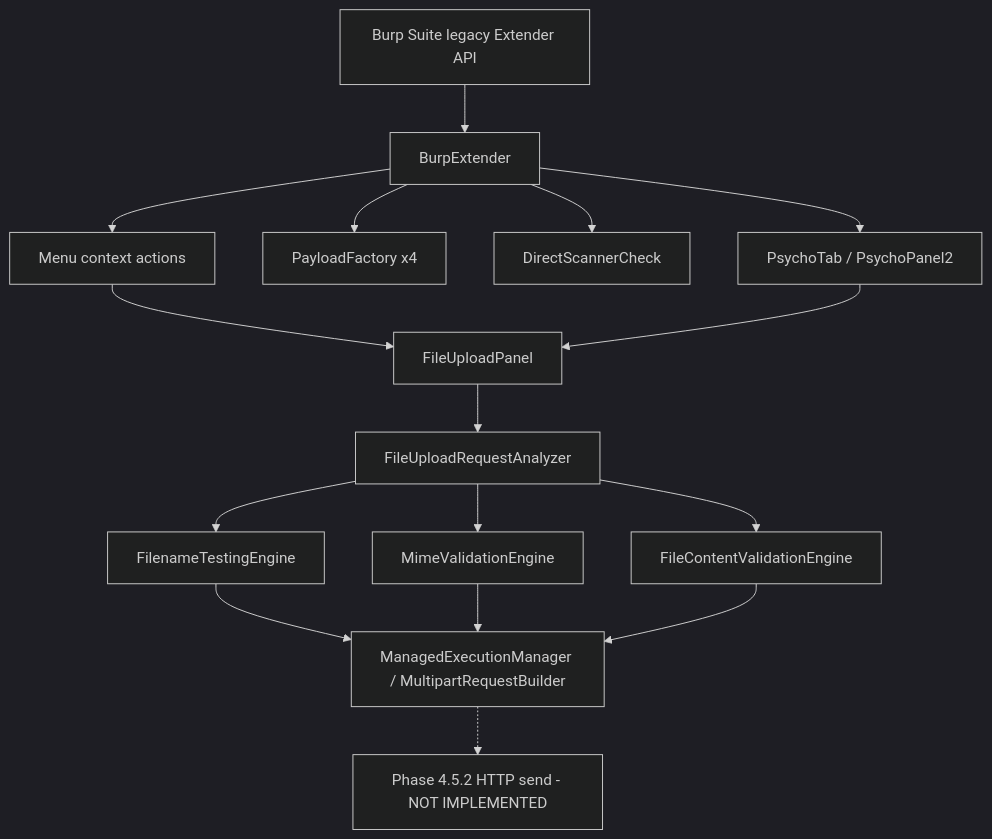
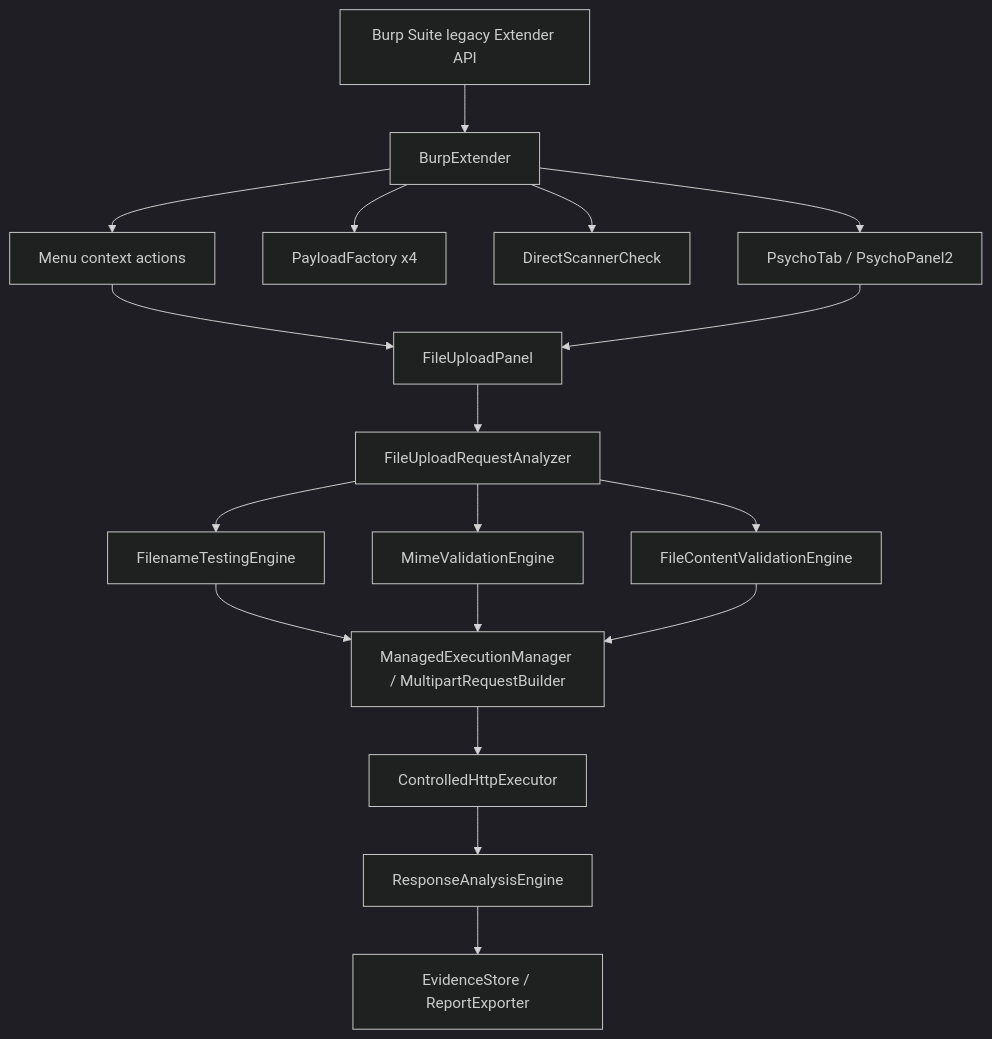
The diagram in docs/PATHHUNTER_MASTER_DOCUMENTATION.md (Amirbarkhordari/PathHunter), drawn with Mermaid (dark theme) before and after one commit. The commit also changed other lines of this file and 32 other files, not shown here.

Commit message:
feat(file-upload): complete Phase 4.5 controlled execution and evidence

````diff
--- a/docs/PATHHUNTER_MASTER_DOCUMENTATION.md
+++ b/docs/PATHHUNTER_MASTER_DOCUMENTATION.md
@@ -82,31 +83,33 @@
 ```mermaid
 flowchart TD
   Burp[Burp Suite legacy Extender API]
   Ext[BurpExtender]
   Tab[PsychoTab / PsychoPanel2]
   Intruder[PayloadFactory x4]
   Scan[DirectScannerCheck]
   Menu[Menu context actions]
   FU[FileUploadPanel]
   A41[FileUploadRequestAnalyzer]
   A42[FilenameTestingEngine]
   A43[MimeValidationEngine]
   A44[FileContentValidationEngine]
   A451[ManagedExecutionManager / MultipartRequestBuilder]
-  Future452[Phase 4.5.2 HTTP send - NOT IMPLEMENTED]
+  A452[ControlledHttpExecutor]
+  A453[ResponseAnalysisEngine]
+  A454[EvidenceStore / ReportExporter]
 
   Burp --> Ext
   Ext --> Tab
   Ext --> Intruder
   Ext --> Scan
   Ext --> Menu
   Menu --> FU
   Tab --> FU
   FU --> A41 --> A42
   A41 --> A43
   A41 --> A44
   A42 --> A451
   A43 --> A451
   A44 --> A451
-  A451 -.-> Future452
+  A451 --> A452 --> A453 --> A454
 ```
````
